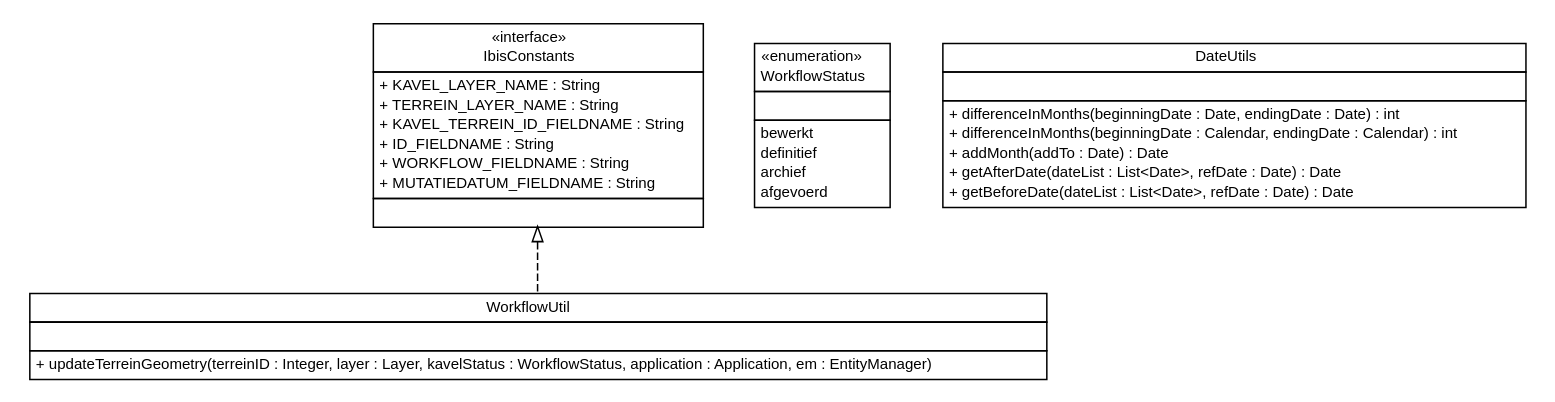
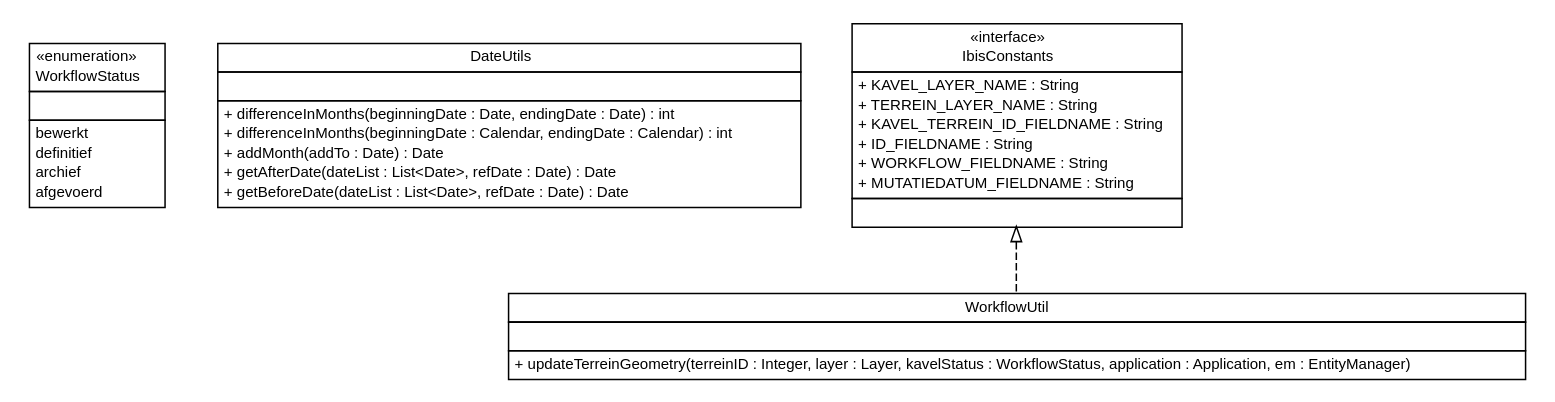
The diagram in ibis-viewer/apidocs/nl/b3p/viewer/ibis/util/nl.b3p.viewer.ibis.util.dot (B3Partners/flamingo-ibis), drawn with Graphviz before and after one commit. The commit also changed 336 other files, not shown here.

```diff
--- a/ibis-viewer/apidocs/nl/b3p/viewer/ibis/util/nl.b3p.viewer.ibis.util.dot
+++ b/ibis-viewer/apidocs/nl/b3p/viewer/ibis/util/nl.b3p.viewer.ibis.util.dot
@@ -1,76 +1,76 @@
 #!/usr/local/bin/dot
 #
 # Class diagram 
 # Generated by UMLGraph version R5_6-24-gf6e263 (http://www.umlgraph.org/)
 #
 
 digraph G {
 	edge [fontname="Helvetica",fontsize=10,labelfontname="Helvetica",labelfontsize=10];
 	node [fontname="Helvetica",fontsize=10,shape=plaintext];
 	nodesep=0.25;
 	ranksep=0.5;
-	// nl.b3p.viewer.ibis.util.WorkflowUtil
-	c46 [label=<<table title="nl.b3p.viewer.ibis.util.WorkflowUtil" border="0" cellborder="1" cellspacing="0" cellpadding="2" port="p" href="./WorkflowUtil.html">
-		<tr><td><table border="0" cellspacing="0" cellpadding="1">
-<tr><td align="center" balign="center"> WorkflowUtil </td></tr>
-		</table></td></tr>
-		<tr><td><table border="0" cellspacing="0" cellpadding="1">
-<tr><td align="left" balign="left">  </td></tr>
-		</table></td></tr>
-		<tr><td><table border="0" cellspacing="0" cellpadding="1">
-<tr><td align="left" balign="left"> + updateTerreinGeometry(terreinID : Integer, layer : Layer, kavelStatus : WorkflowStatus, application : Application, em : EntityManager) </td></tr>
-		</table></td></tr>
-		</table>>, URL="./WorkflowUtil.html", fontname="Helvetica", fontcolor="black", fontsize=10.0];
 	// nl.b3p.viewer.ibis.util.WorkflowStatus
-	c47 [label=<<table title="nl.b3p.viewer.ibis.util.WorkflowStatus" border="0" cellborder="1" cellspacing="0" cellpadding="2" port="p" href="./WorkflowStatus.html">
+	c0 [label=<<table title="nl.b3p.viewer.ibis.util.WorkflowStatus" border="0" cellborder="1" cellspacing="0" cellpadding="2" port="p" href="./WorkflowStatus.html">
 		<tr><td><table border="0" cellspacing="0" cellpadding="1">
 <tr><td align="center" balign="center"> &#171;enumeration&#187; </td></tr>
 <tr><td align="center" balign="center"> WorkflowStatus </td></tr>
 		</table></td></tr>
 		<tr><td><table border="0" cellspacing="0" cellpadding="1">
 <tr><td align="left" balign="left">  </td></tr>
 		</table></td></tr>
 		<tr><td><table border="0" cellspacing="0" cellpadding="1">
 <tr><td align="left" balign="left"> bewerkt </td></tr>
 <tr><td align="left" balign="left"> definitief </td></tr>
 <tr><td align="left" balign="left"> archief </td></tr>
 <tr><td align="left" balign="left"> afgevoerd </td></tr>
 		</table></td></tr>
 		</table>>, URL="./WorkflowStatus.html", fontname="Helvetica", fontcolor="black", fontsize=10.0];
+	// nl.b3p.viewer.ibis.util.DateUtils
+	c1 [label=<<table title="nl.b3p.viewer.ibis.util.DateUtils" border="0" cellborder="1" cellspacing="0" cellpadding="2" port="p" href="./DateUtils.html">
+		<tr><td><table border="0" cellspacing="0" cellpadding="1">
+<tr><td align="center" balign="center"> DateUtils </td></tr>
+		</table></td></tr>
+		<tr><td><table border="0" cellspacing="0" cellpadding="1">
+<tr><td align="left" balign="left">  </td></tr>
+		</table></td></tr>
+		<tr><td><table border="0" cellspacing="0" cellpadding="1">
+<tr><td align="left" balign="left"> + differenceInMonths(beginningDate : Date, endingDate : Date) : int </td></tr>
+<tr><td align="left" balign="left"> + differenceInMonths(beginningDate : Calendar, endingDate : Calendar) : int </td></tr>
+<tr><td align="left" balign="left"> + addMonth(addTo : Date) : Date </td></tr>
+<tr><td align="left" balign="left"> + getAfterDate(dateList : List&lt;Date&gt;, refDate : Date) : Date </td></tr>
+<tr><td align="left" balign="left"> + getBeforeDate(dateList : List&lt;Date&gt;, refDate : Date) : Date </td></tr>
+		</table></td></tr>
+		</table>>, URL="./DateUtils.html", fontname="Helvetica", fontcolor="black", fontsize=10.0];
 	// nl.b3p.viewer.ibis.util.IbisConstants
-	c48 [label=<<table title="nl.b3p.viewer.ibis.util.IbisConstants" border="0" cellborder="1" cellspacing="0" cellpadding="2" port="p" href="./IbisConstants.html">
+	c2 [label=<<table title="nl.b3p.viewer.ibis.util.IbisConstants" border="0" cellborder="1" cellspacing="0" cellpadding="2" port="p" href="./IbisConstants.html">
 		<tr><td><table border="0" cellspacing="0" cellpadding="1">
 <tr><td align="center" balign="center"> &#171;interface&#187; </td></tr>
 <tr><td align="center" balign="center"> IbisConstants </td></tr>
 		</table></td></tr>
 		<tr><td><table border="0" cellspacing="0" cellpadding="1">
 <tr><td align="left" balign="left"> + KAVEL_LAYER_NAME : String </td></tr>
 <tr><td align="left" balign="left"> + TERREIN_LAYER_NAME : String </td></tr>
 <tr><td align="left" balign="left"> + KAVEL_TERREIN_ID_FIELDNAME : String </td></tr>
 <tr><td align="left" balign="left"> + ID_FIELDNAME : String </td></tr>
 <tr><td align="left" balign="left"> + WORKFLOW_FIELDNAME : String </td></tr>
 <tr><td align="left" balign="left"> + MUTATIEDATUM_FIELDNAME : String </td></tr>
 		</table></td></tr>
 		<tr><td><table border="0" cellspacing="0" cellpadding="1">
 <tr><td align="left" balign="left">  </td></tr>
 		</table></td></tr>
 		</table>>, URL="./IbisConstants.html", fontname="Helvetica", fontcolor="black", fontsize=10.0];
-	// nl.b3p.viewer.ibis.util.DateUtils
-	c49 [label=<<table title="nl.b3p.viewer.ibis.util.DateUtils" border="0" cellborder="1" cellspacing="0" cellpadding="2" port="p" href="./DateUtils.html">
+	// nl.b3p.viewer.ibis.util.WorkflowUtil
+	c3 [label=<<table title="nl.b3p.viewer.ibis.util.WorkflowUtil" border="0" cellborder="1" cellspacing="0" cellpadding="2" port="p" href="./WorkflowUtil.html">
 		<tr><td><table border="0" cellspacing="0" cellpadding="1">
-<tr><td align="center" balign="center"> DateUtils </td></tr>
+<tr><td align="center" balign="center"> WorkflowUtil </td></tr>
 		</table></td></tr>
 		<tr><td><table border="0" cellspacing="0" cellpadding="1">
 <tr><td align="left" balign="left">  </td></tr>
 		</table></td></tr>
 		<tr><td><table border="0" cellspacing="0" cellpadding="1">
-<tr><td align="left" balign="left"> + differenceInMonths(beginningDate : Date, endingDate : Date) : int </td></tr>
-<tr><td align="left" balign="left"> + differenceInMonths(beginningDate : Calendar, endingDate : Calendar) : int </td></tr>
-<tr><td align="left" balign="left"> + addMonth(addTo : Date) : Date </td></tr>
-<tr><td align="left" balign="left"> + getAfterDate(dateList : List&lt;Date&gt;, refDate : Date) : Date </td></tr>
-<tr><td align="left" balign="left"> + getBeforeDate(dateList : List&lt;Date&gt;, refDate : Date) : Date </td></tr>
+<tr><td align="left" balign="left"> + updateTerreinGeometry(terreinID : Integer, layer : Layer, kavelStatus : WorkflowStatus, application : Application, em : EntityManager) </td></tr>
 		</table></td></tr>
-		</table>>, URL="./DateUtils.html", fontname="Helvetica", fontcolor="black", fontsize=10.0];
+		</table>>, URL="./WorkflowUtil.html", fontname="Helvetica", fontcolor="black", fontsize=10.0];
 	//nl.b3p.viewer.ibis.util.WorkflowUtil implements nl.b3p.viewer.ibis.util.IbisConstants
-	c48:p -> c46:p [dir=back,arrowtail=empty,style=dashed];
+	c2:p -> c3:p [dir=back,arrowtail=empty,style=dashed];
 }
```
